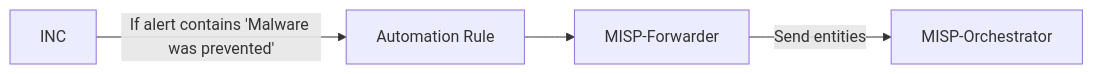
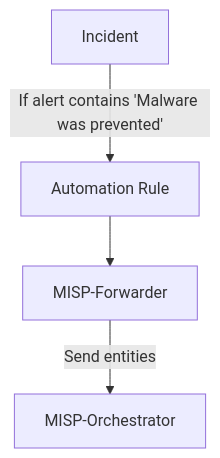
One commit to Azure/Azure-Sentinel changed the second of 3 diagrams in Playbooks/2S-Sentinel2MISP/README.MD. Above: the diagram before and after it, drawn with Mermaid.

````diff
--- a/Playbooks/2S-Sentinel2MISP/README.MD
+++ b/Playbooks/2S-Sentinel2MISP/README.MD
@@ -18,6 +18,7 @@
 ```mermaid
-flowchart LR
+flowchart TD
+    INC[Incident]    
     INC --> |If alert contains 'Malware was prevented'| AR[Automation Rule]
     AR --> PB[MISP-Forwarder]
     PB --> |Send entities|PB2[MISP-Orchestrator]
 ```
````
